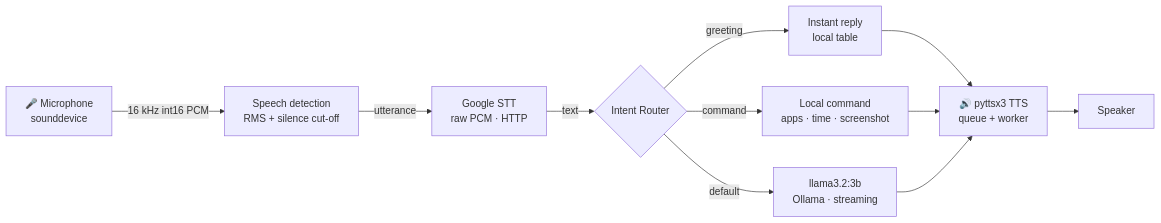
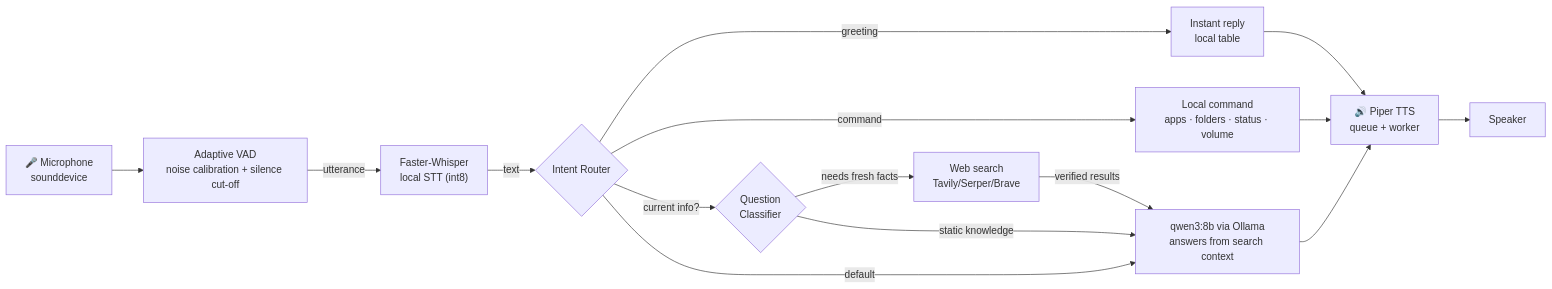
Before and after one commit to bezawadamahidhar20-droid/JARVIS: the diagram in README.md, drawn with Mermaid. The commit also changed other lines of this file and 52 other files, not shown here.

Commit message:
Add CLI, web search, intent classifier, VAD, and full test suite; harden core engine

````diff
--- a/README.md
+++ b/README.md
@@ -56,13 +53,17 @@
 ```mermaid
 flowchart LR
-    A["🎤 Microphone<br/>sounddevice"] -->|"16 kHz int16 PCM"| B["Speech detection<br/>RMS + silence cut-off"]
-    B -->|"utterance"| C["Google STT<br/>raw PCM · HTTP"]
+    A["🎤 Microphone<br/>sounddevice"] --> B["Adaptive VAD<br/>noise calibration + silence cut-off"]
+    B -->|"utterance"| C["Faster-Whisper<br/>local STT (int8)"]
     C -->|"text"| D{"Intent Router"}
     D -->|"greeting"| F["Instant reply<br/>local table"]
-    D -->|"command"| G["Local command<br/>apps · time · screenshot"]
-    D -->|"default"| E["llama3.2:3b<br/>Ollama · streaming"]
-    F --> H["🔊 pyttsx3 TTS<br/>queue + worker"]
+    D -->|"command"| G["Local command<br/>apps · folders · status · volume"]
+    D -->|"current info?"| K{"Question<br/>Classifier"}
+    K -->|"needs fresh facts"| S["Web search<br/>Tavily/Serper/Brave"]
+    S -->|"verified results"| E["qwen3:8b via Ollama<br/>answers from search context"]
+    K -->|"static knowledge"| E
+    D -->|"default"| E
+    F --> H["🔊 Piper TTS<br/>queue + worker"]
     G --> H
     E --> H
     H --> I["Speaker"]
 ```
````
